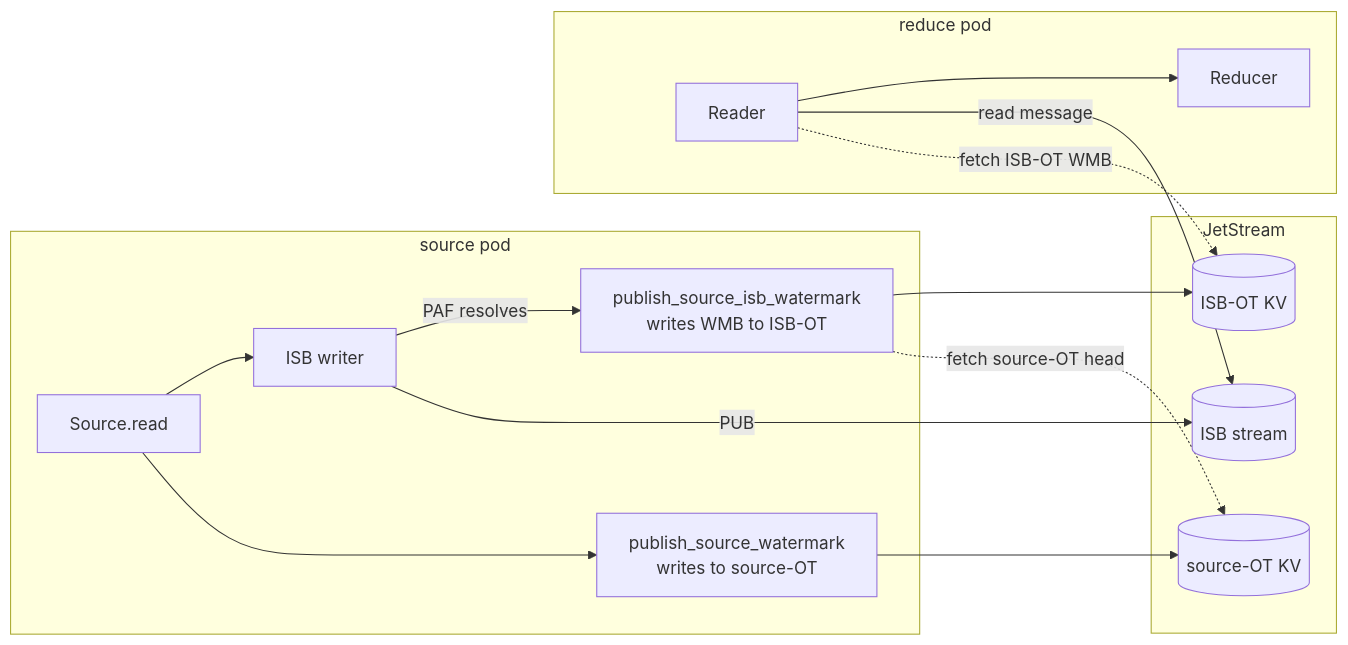
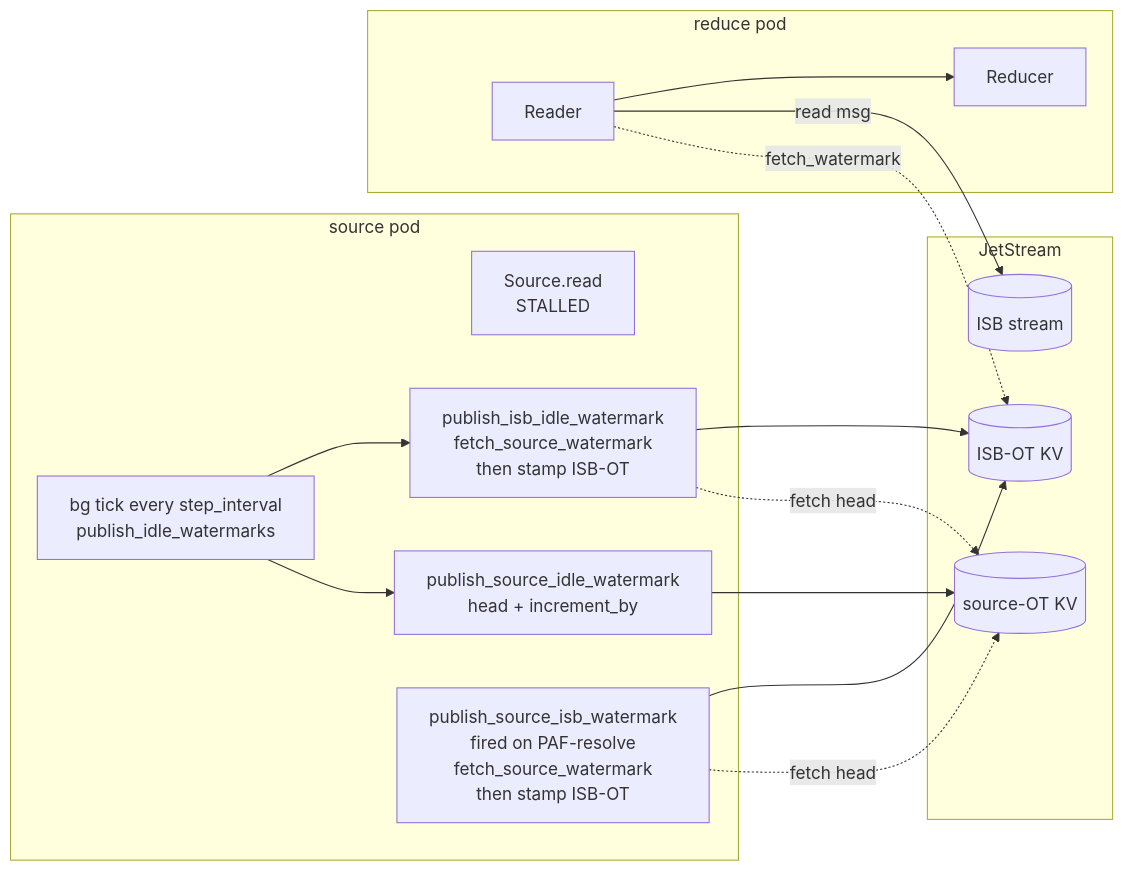
The first of 3 diagrams in reduce-bug-explanation.md (numaproj/numaflow), drawn with Mermaid before and after one commit. The commit also changed other lines of this file, not shown here.

Commit message:
explanation mermaid fix

````diff
--- a/reduce-bug-explanation.md
+++ b/reduce-bug-explanation.md
@@ -23,31 +31,32 @@
 ```mermaid
 flowchart LR
     subgraph "source pod"
-        S[Source.read]
-        SP[publish_source_watermark<br/>writes to source-OT]
-        W[ISB writer]
-        PSI[publish_source_isb_watermark<br/>writes WMB to ISB-OT]
+        S[Source.read<br/>STALLED]
+        Tick[bg tick every step_interval<br/>publish_idle_watermarks]
+        SI[publish_source_idle_watermark<br/>head + increment_by]
+        II[publish_isb_idle_watermark<br/>fetch_source_watermark<br/>then stamp ISB-OT]
+        PSI[publish_source_isb_watermark<br/>fired on PAF-resolve<br/>fetch_source_watermark<br/>then stamp ISB-OT]
     end
 
     subgraph "JetStream"
-        JSDATA[(ISB stream)]
         SOT[(source-OT KV)]
         IOT[(ISB-OT KV)]
+        ISB[(ISB stream)]
     end
 
     subgraph "reduce pod"
         R[Reader]
         RD[Reducer]
     end
 
-    S --> SP
-    SP --> SOT
-    S --> W
-    W -->|PUB| JSDATA
-    W -->|PAF resolves| PSI
-    PSI -.->|fetch source-OT head| SOT
+    Tick --> SI
+    Tick --> II
+    SI --> SOT
+    II -.->|fetch head| SOT
+    II --> IOT
+    PSI -.->|fetch head| SOT
     PSI --> IOT
-    R -.->|fetch ISB-OT WMB| IOT
-    R -->|read message| JSDATA
+    R -.->|fetch_watermark| IOT
+    R -->|read msg| ISB
     R --> RD
 ```
````
